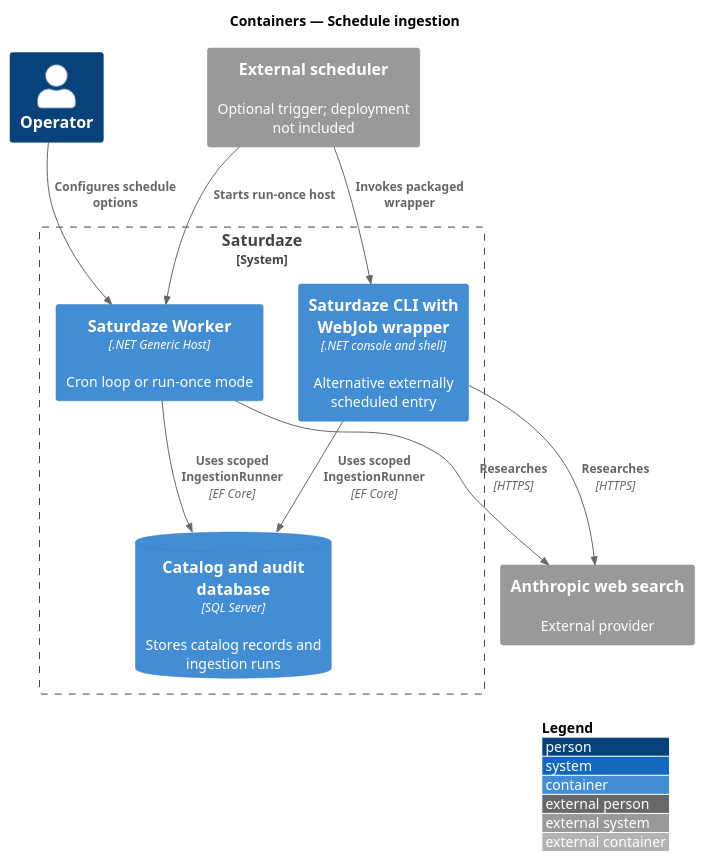
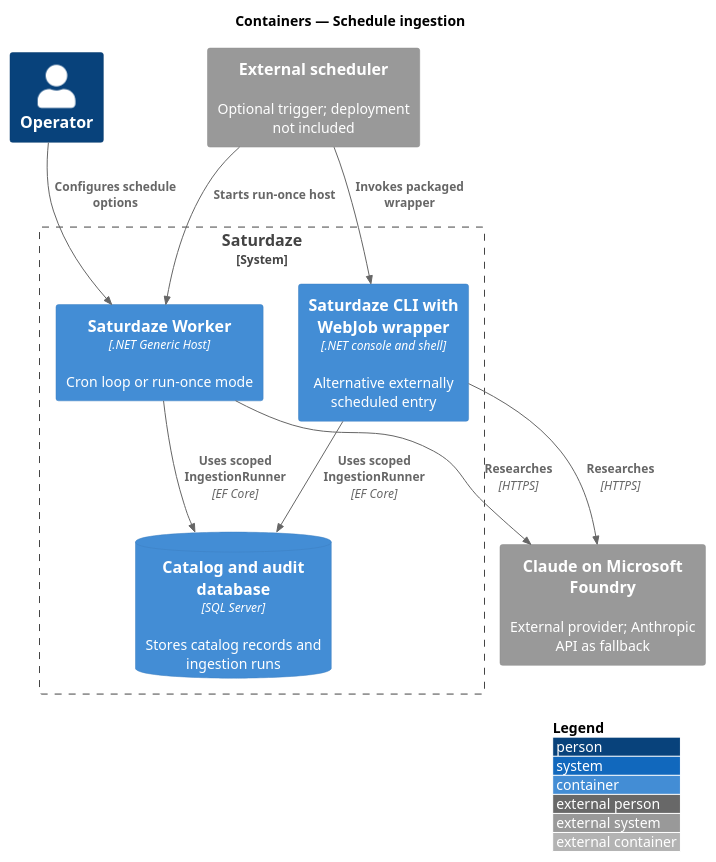
The diagram in docs/detailed-designs/operations/schedule-catalog-ingestion/diagrams/c4-container.puml (QuinntyneBrown/saturdaze), drawn with PlantUML before and after one commit. The commit also changed 32 other files, not shown here.

First line of the commit message:
Route catalog ingestion through Claude on Microsoft Foundry

```diff
--- a/docs/detailed-designs/operations/schedule-catalog-ingestion/diagrams/c4-container.puml
+++ b/docs/detailed-designs/operations/schedule-catalog-ingestion/diagrams/c4-container.puml
@@ -1,20 +1,20 @@
 @startuml
 !include <C4/C4_Container>
 LAYOUT_WITH_LEGEND()
 title Containers — Schedule ingestion
 Person(operator, "Operator")
 System_Boundary(system, "Saturdaze") {
  Container(worker, "Saturdaze Worker", ".NET Generic Host", "Cron loop or run-once mode")
  Container(cli, "Saturdaze CLI with WebJob wrapper", ".NET console and shell", "Alternative externally scheduled entry")
  ContainerDb(db, "Catalog and audit database", "SQL Server", "Stores catalog records and ingestion runs")
 }
-System_Ext(provider, "Anthropic web search", "External provider")
+System_Ext(provider, "Claude on Microsoft Foundry", "External provider; Anthropic API as fallback")
 System_Ext(scheduler, "External scheduler", "Optional trigger; deployment not included")
 Rel(operator, worker, "Configures schedule options")
 Rel(scheduler, worker, "Starts run-once host")
 Rel(scheduler, cli, "Invokes packaged wrapper")
 Rel(worker, db, "Uses scoped IngestionRunner", "EF Core")
 Rel(cli, db, "Uses scoped IngestionRunner", "EF Core")
 Rel(worker, provider, "Researches", "HTTPS")
 Rel(cli, provider, "Researches", "HTTPS")
 @enduml
```
